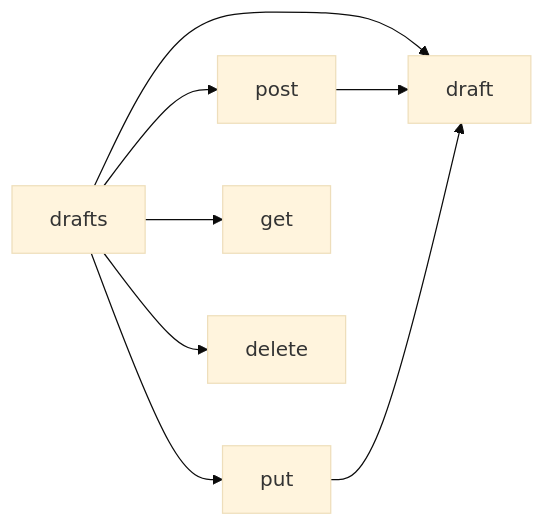
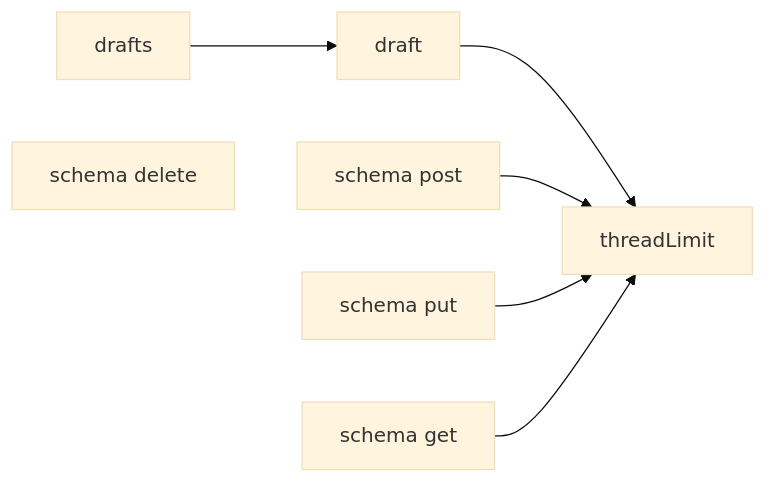
Before and after one commit to nekono-dev/skyshare: the first of 2 diagrams in .kiro/specs/draft-api/design.md, drawn with Mermaid (base theme). The commit also changed other lines of this file and 57 other files, not shown here.

````diff
--- a/.kiro/specs/draft-api/design.md
+++ b/.kiro/specs/draft-api/design.md
@@ -49,10 +49,9 @@
 ```mermaid
 flowchart LR
-  drafts --> post
-  drafts --> put
-  drafts --> get
-  drafts --> delete
   drafts --> draft
-  post --> draft
-  put --> draft
+  draft --> limit["threadLimit"]
+  post["schema post"] --> limit
+  put["schema put"] --> limit
+  get["schema get"] --> limit
+  delete["schema delete"]
 ```
````
